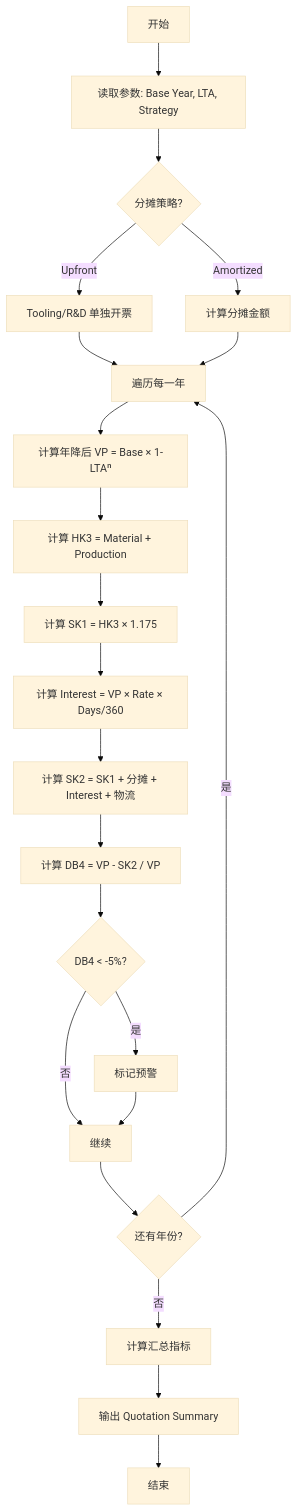
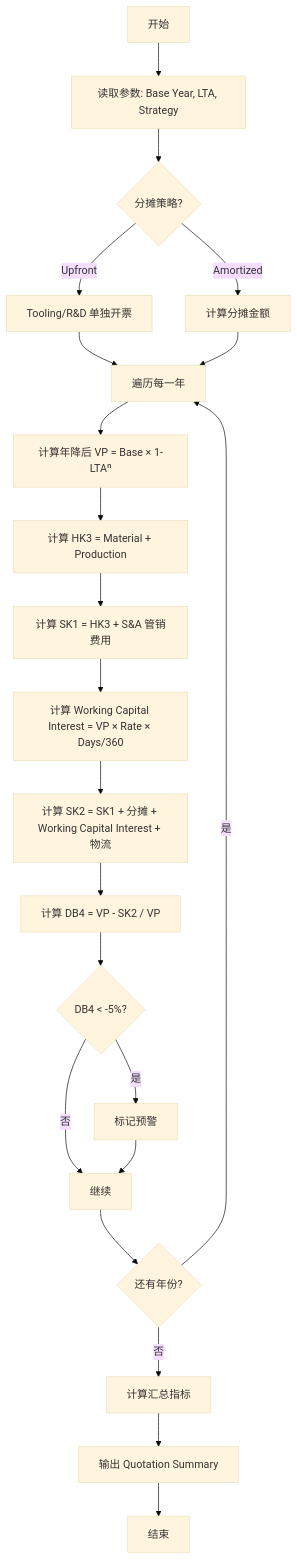
Before and after one commit to randyluo85/Quoting-Copilot: the diagram in docs/QUOTATION_SUMMARY_LOGIC.md, drawn with Mermaid (base theme). The commit also changed other lines of this file and 49 other files, not shown here.

````diff
--- a/docs/QUOTATION_SUMMARY_LOGIC.md
+++ b/docs/QUOTATION_SUMMARY_LOGIC.md
@@ -224,24 +226,24 @@
 ```mermaid
 flowchart TD
     A[开始] --> B[读取参数: Base Year, LTA, Strategy]
     B --> C{分摊策略?}
     C -->|Upfront| D[Tooling/R&D 单独开票]
     C -->|Amortized| E[计算分摊金额]
     D --> F[遍历每一年]
     E --> F
     F --> G[计算年降后 VP = Base × 1-LTAⁿ]
     G --> H[计算 HK3 = Material + Production]
-    H --> I[计算 SK1 = HK3 × 1.175]
-    I --> J[计算 Interest = VP × Rate × Days/360]
-    J --> K[计算 SK2 = SK1 + 分摊 + Interest + 物流]
+    H --> I[计算 SK1 = HK3 + S&A 管销费用]
+    I --> J[计算 Working Capital Interest = VP × Rate × Days/360]
+    J --> K[计算 SK2 = SK1 + 分摊 + Working Capital Interest + 物流]
     K --> L[计算 DB4 = VP - SK2 / VP]
     L --> M{DB4 < -5%?}
     M -->|是| N[标记预警]
     M -->|否| O[继续]
     N --> O
     O --> P{还有年份?}
     P -->|是| F
     P -->|否| Q[计算汇总指标]
     Q --> R[输出 Quotation Summary]
     R --> S[结束]
 ```
````
